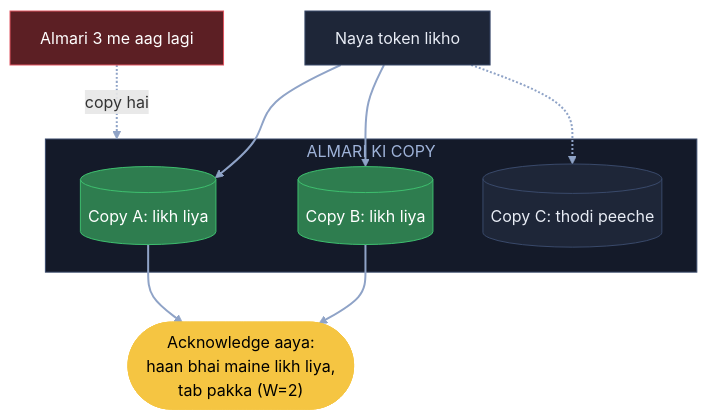
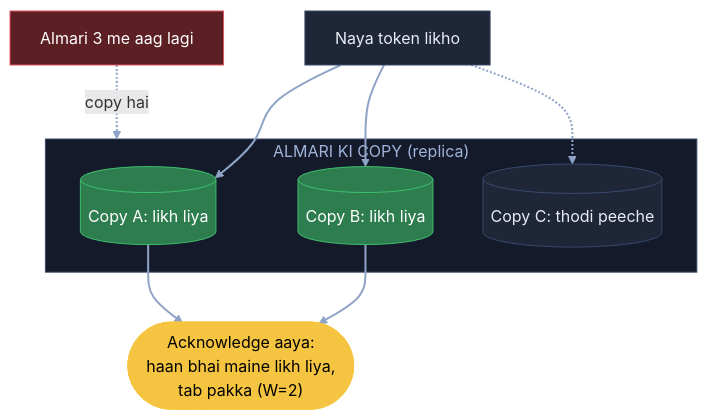
The ninth of 14 diagrams in 04_HLD/SYSTEM_DESIGNS/01_url_shortener/01_url_shortener.md (ArpanMaheshwari144/Prep), drawn with Mermaid before and after one commit. The commit also changed other lines of this file and 1 other file, not shown here.

Commit message:
URL main = hand notes + har kadam ka diagram (kahani shabd, bracket me naam); build_main.py se banti

````diff
--- a/04_HLD/SYSTEM_DESIGNS/01_url_shortener/01_url_shortener.md
+++ b/04_HLD/SYSTEM_DESIGNS/01_url_shortener/01_url_shortener.md
@@ -332,23 +312,23 @@
 ```mermaid
 flowchart TB
     F["Almari 3 me aag lagi"]:::bad
     W["Naya token likho"]:::card
-    subgraph CP["ALMARI KI COPY"]
+    subgraph CP["ALMARI KI COPY (replica)"]
         A[("Copy A: likh liya")]:::good
         B[("Copy B: likh liya")]:::good
         C[("Copy C: thodi peeche")]:::card
     end
     OK(["Acknowledge aaya:<br/>haan bhai maine likh liya,<br/>tab pakka (W=2)"]):::pill
     F -. "copy hai" .-> CP
     W --> A
     W --> B
     W -.-> C
     A --> OK
     B --> OK
     linkStyle default stroke:#8fa3c7,stroke-width:2px
     classDef card fill:#1e2638,stroke:#3a4a6b,color:#e8ecf5
     classDef pill fill:#f5c542,stroke:#f5c542,color:#000
     classDef good fill:#2e7d4f,stroke:#3fbf6f,color:#fff
     classDef bad fill:#5c1f24,stroke:#e05561,color:#fff
     style CP fill:#141a29,stroke:#3a4a6b,color:#9fb3d9
 ```
````
